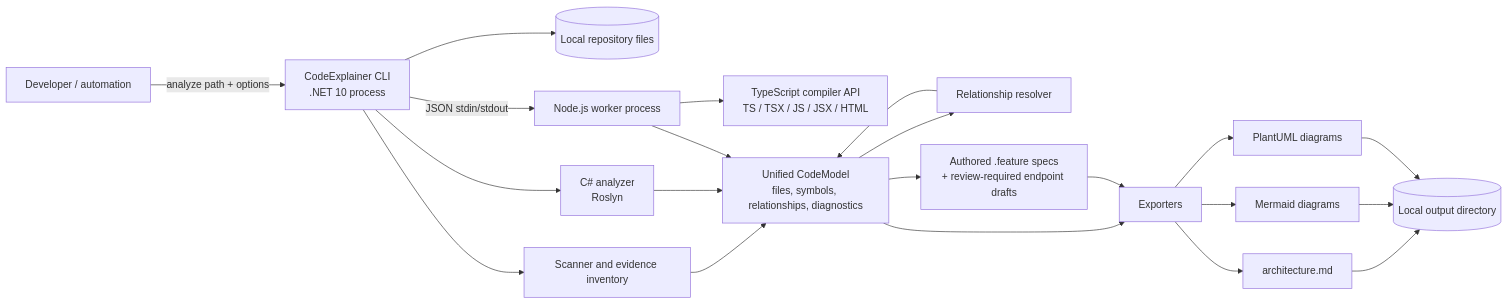
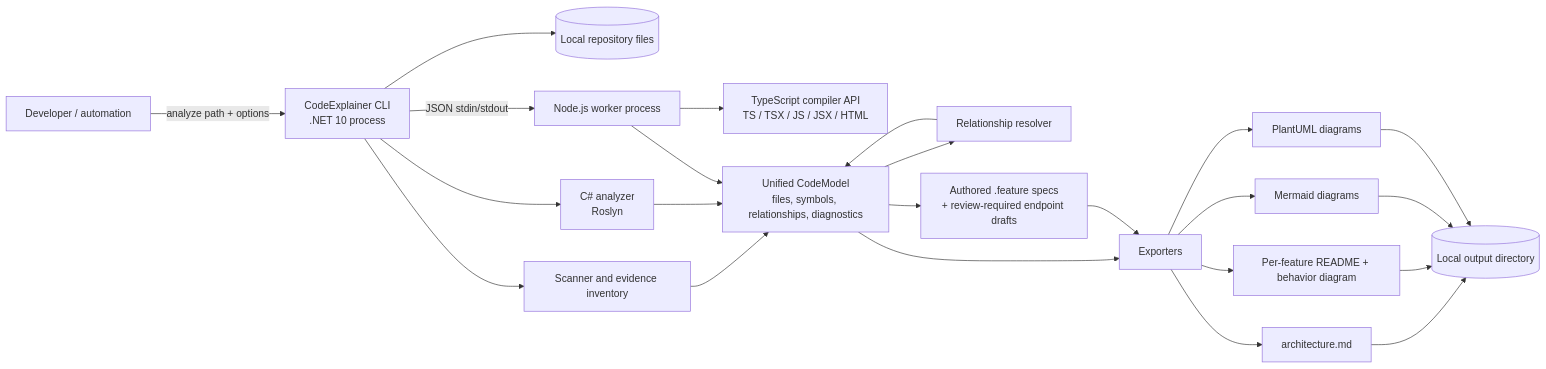
One commit to rameshsupekar/code-explainer-refactor-production-foundation changed the first of 2 diagrams in docs/architecture/high-level-design.md. Above: the diagram before and after it, drawn with Mermaid. The commit also changed other lines of this file and 22 other files, not shown here.

````diff
--- a/docs/architecture/high-level-design.md
+++ b/docs/architecture/high-level-design.md
@@ -9,23 +9,25 @@
 ```mermaid
 flowchart LR
 	Dev[Developer / automation] -->|analyze path + options| CLI[CodeExplainer CLI\n.NET 10 process]
 	CLI --> FS[(Local repository files)]
 	CLI --> SCAN[Scanner and evidence inventory]
 	CLI --> CS[C# analyzer\nRoslyn]
 	CLI -->|JSON stdin/stdout| HOST[Node.js worker process]
 	HOST --> TS[TypeScript compiler API\nTS / TSX / JS / JSX / HTML]
 	SCAN --> MODEL[Unified CodeModel\nfiles, symbols, relationships, diagnostics]
 	CS --> MODEL
 	HOST --> MODEL
 	MODEL --> REL[Relationship resolver]
 	REL --> MODEL
 	MODEL --> GHERKIN[Authored .feature specs\n+ review-required endpoint drafts]
 	MODEL --> EXPORT[Exporters]
 	GHERKIN --> EXPORT
 	EXPORT --> MD[architecture.md]
+	EXPORT --> FEATUREDOCS[Per-feature README + behavior diagram]
 	EXPORT --> MER[Mermaid diagrams]
 	EXPORT --> PU[PlantUML diagrams]
 	MD --> OUT[(Local output directory)]
+	FEATUREDOCS --> OUT
 	MER --> OUT
 	PU --> OUT
 ```
````
